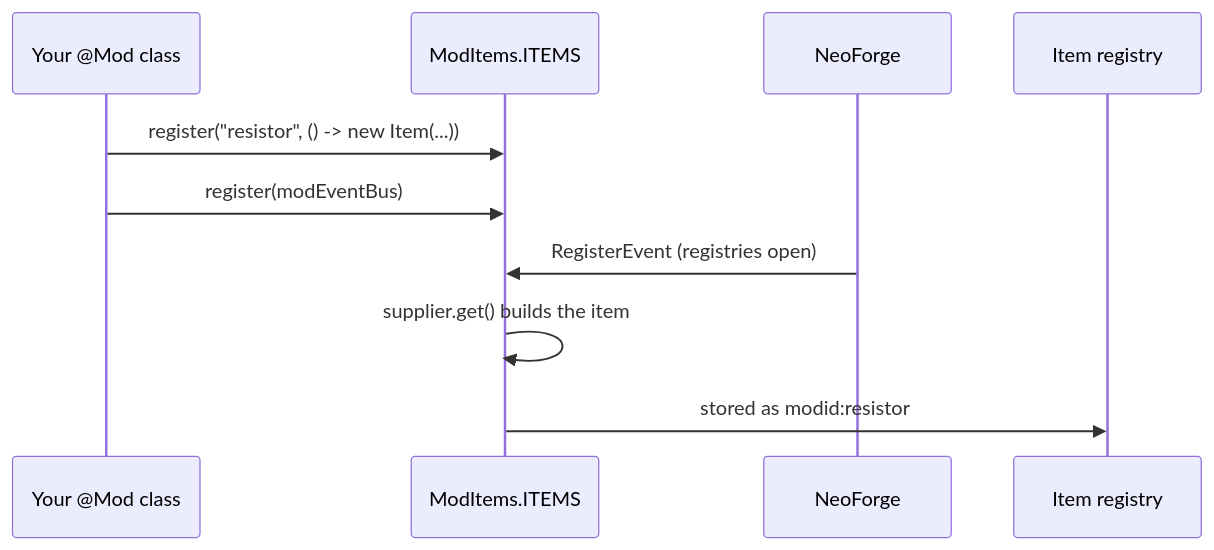
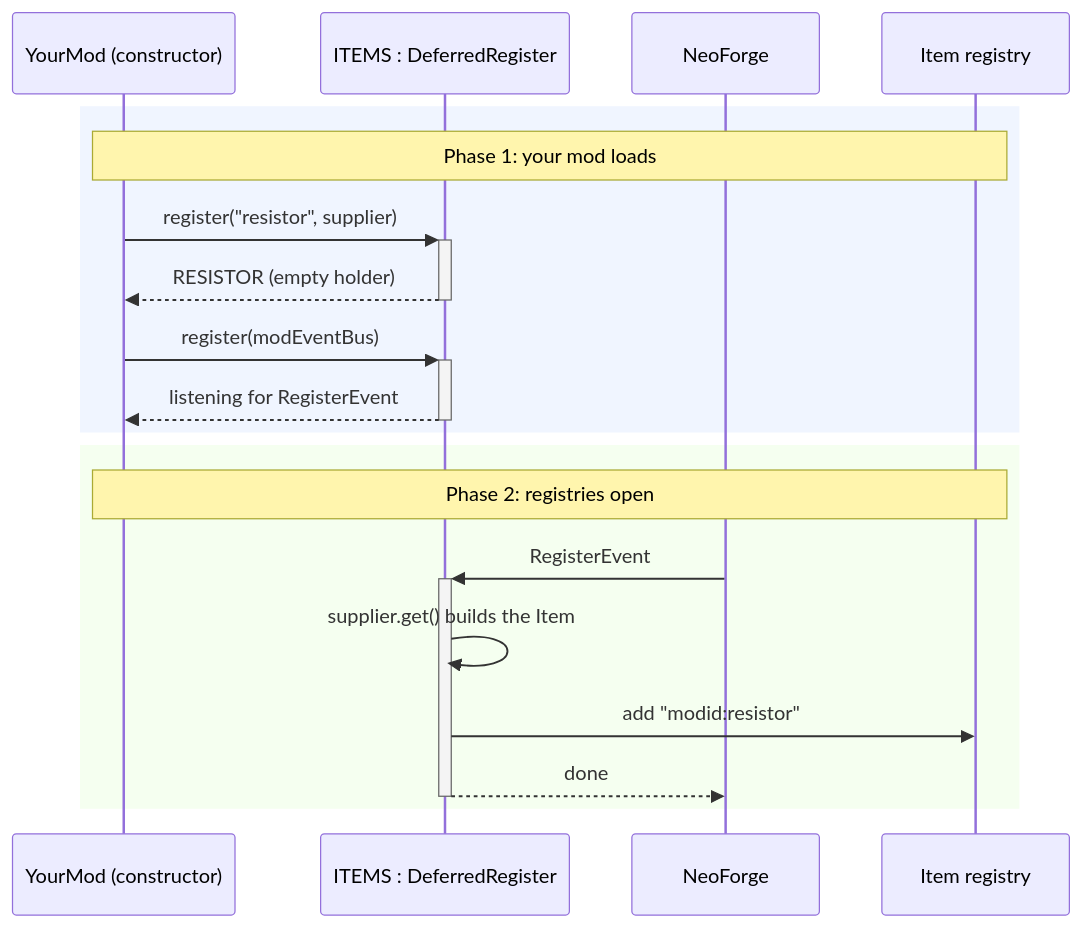
One commit to MBMadness/Create-Power-Grid-Computation changed the second of 2 diagrams in AI planning assistance documents/REFERENCE.md. Above: the diagram before and after it, drawn with Mermaid. The commit also changed other lines of this file and 2 other files, not shown here.

Commit message:
Diagram standards (UML) and redrawn reference diagrams
Claude-Session: https://claude.ai/code/session_01WRf9dRWwaBfV2SPq43FkQs

````diff
--- a/AI planning assistance documents/REFERENCE.md
+++ b/AI planning assistance documents/REFERENCE.md
@@ -92,12 +97,21 @@
 ```mermaid
 sequenceDiagram
-  participant Mod as Your @Mod class
-  participant DR as ModItems.ITEMS
+  participant Mod as YourMod (constructor)
+  participant DR as ITEMS : DeferredRegister
   participant NF as NeoForge
-  participant Reg as Item registry
-  Mod->>DR: register("resistor", () -> new Item(...))
-  Mod->>DR: register(modEventBus)
-  NF->>DR: RegisterEvent (registries open)
-  DR->>DR: supplier.get() builds the item
-  DR->>Reg: stored as modid:resistor
+  participant R as Item registry
+  rect rgb(240, 245, 255)
+  Note over Mod,R: Phase 1: your mod loads
+  Mod->>+DR: register("resistor", supplier)
+  DR-->>-Mod: RESISTOR (empty holder)
+  Mod->>+DR: register(modEventBus)
+  DR-->>-Mod: listening for RegisterEvent
+  end
+  rect rgb(245, 255, 240)
+  Note over Mod,R: Phase 2: registries open
+  NF->>+DR: RegisterEvent
+  DR->>DR: supplier.get() builds the Item
+  DR->>R: add "modid:resistor"
+  DR-->>-NF: done
+  end
 ```
````
